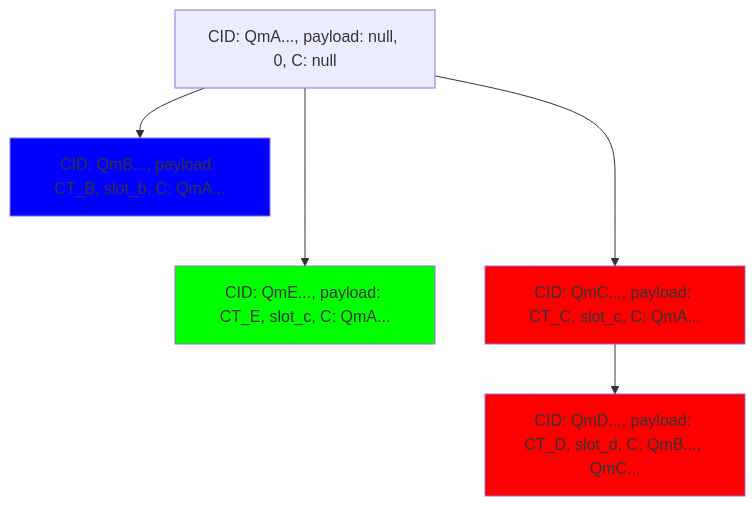
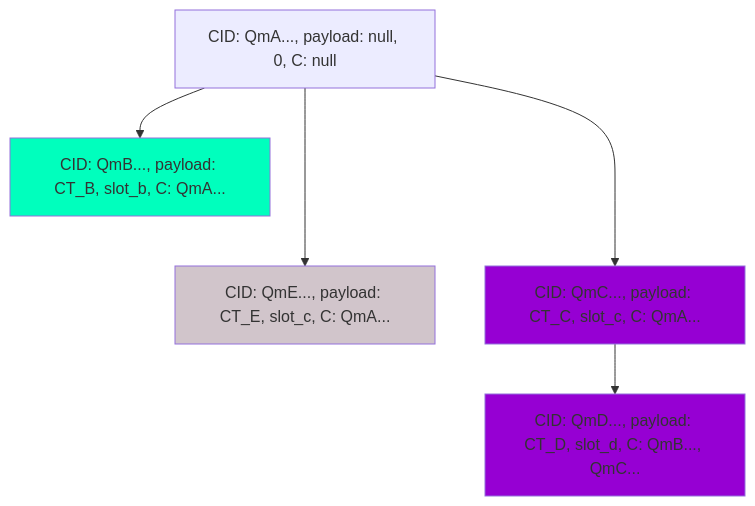
One commit to ideal-lab5/Grants-Program changed the fourth of 7 diagrams in applications/etf_network.md. Above: the diagram before and after it, drawn with Mermaid.

````diff
--- a/applications/etf_network.md
+++ b/applications/etf_network.md
@@ -146,12 +146,12 @@
 ```mermaid
 graph TD;
    A[CID: QmA..., payload: null, 0, C: null]-->B[CID: QmB..., payload: CT_B, slot_b, C: QmA...];
    A--->E[CID: QmE..., payload: CT_E, slot_c, C: QmA...];
    A--->C[CID: QmC..., payload: CT_C, slot_c, C: QmA...];
    C-->D[CID: QmD..., payload: CT_D, slot_d, C: QmB..., QmC...];
 
-   style B fill:#0000FF;
-   style C fill:#FF0000;
-   style D fill:#FF0000;
-   style E fill:#00FF00;
+   style B fill:#00FFBD;
+   style C fill:#9600d3;
+   style D fill:#9600d3;
+   style E fill:#d1c5cb;
 ```
````
